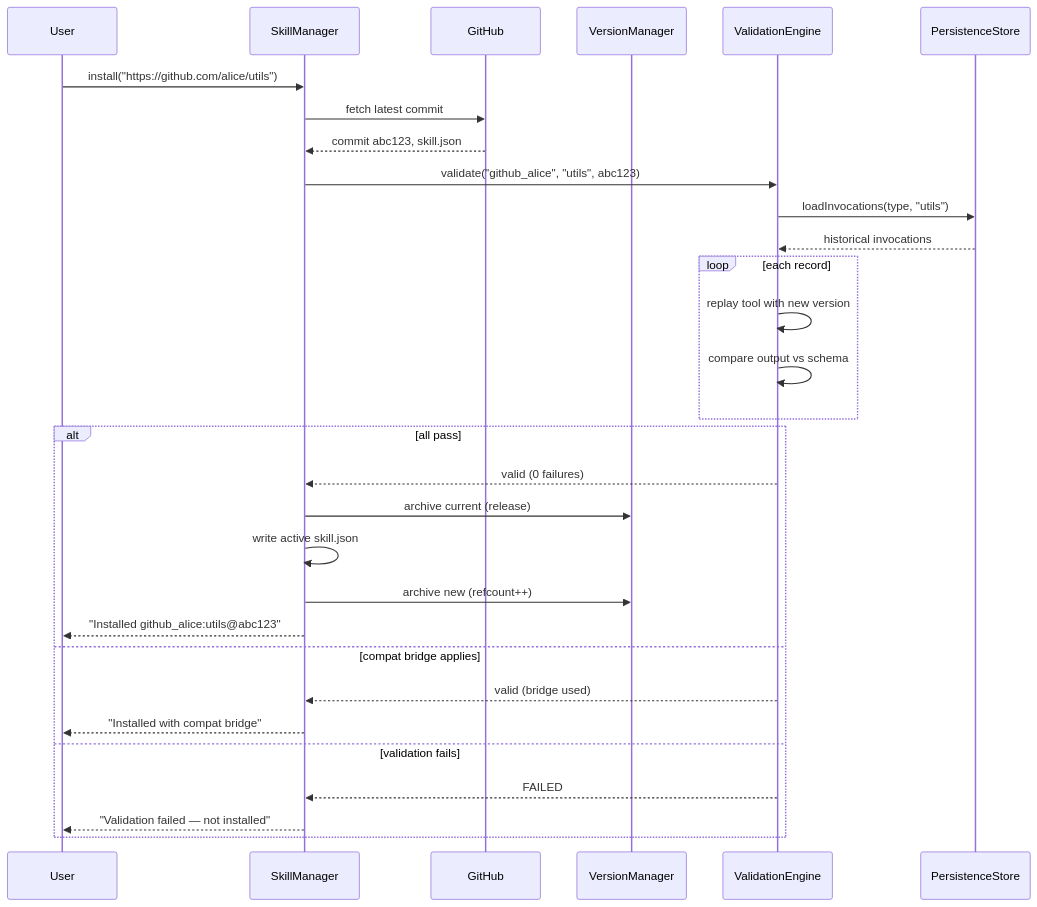
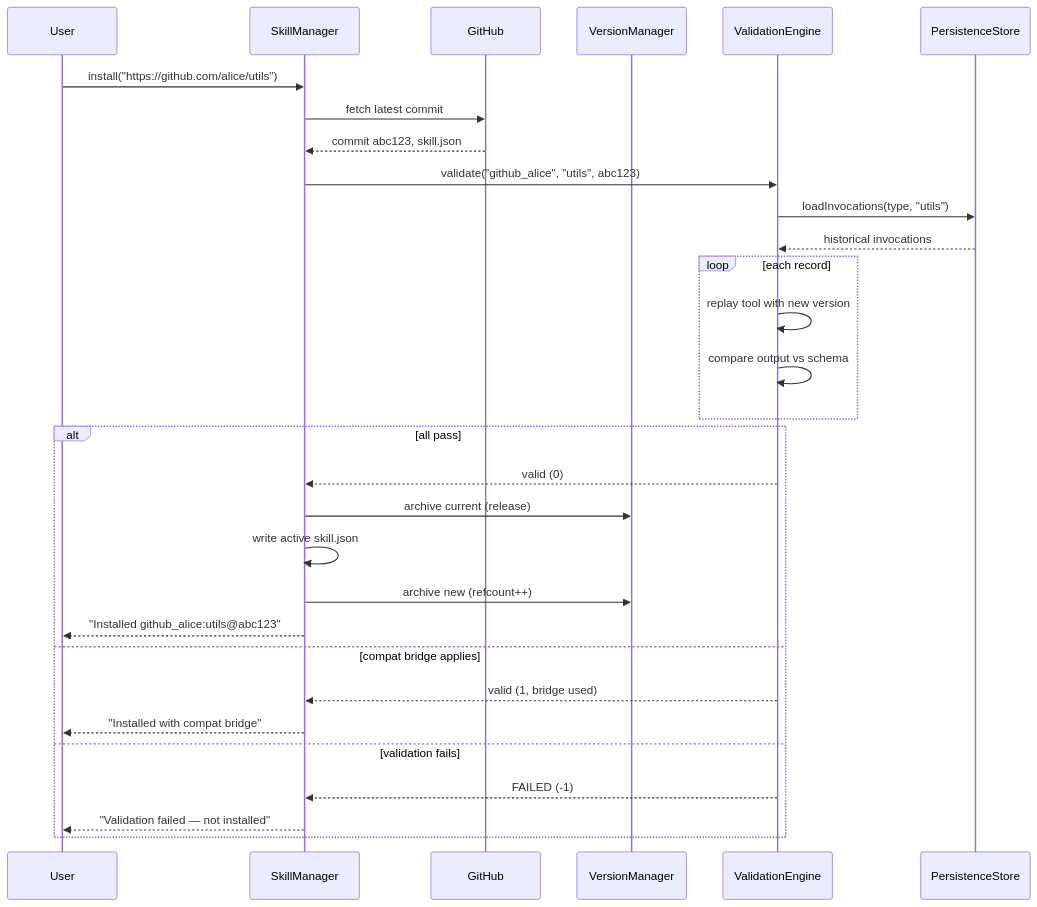
One commit to opensassi/a0 changed the second of 4 diagrams in src/skills/technical-specification.md. Above: the diagram before and after it, drawn with Mermaid. The commit also changed other lines of this file and 165 other files, not shown here.

````diff
--- a/src/skills/technical-specification.md
+++ b/src/skills/technical-specification.md
@@ -620,33 +575,33 @@
 ```mermaid
 sequenceDiagram
     participant User
     participant SM as SkillManager
     participant GH as GitHub
     participant VM as VersionManager
     participant VE as ValidationEngine
     participant PS as PersistenceStore
 
     User->>SM: install("https://github.com/alice/utils")
     SM->>GH: fetch latest commit
     GH-->>SM: commit abc123, skill.json
     SM->>VE: validate("github_alice", "utils", abc123)
     VE->>PS: loadInvocations(type, "utils")
     PS-->>VE: historical invocations
     loop each record
         VE->>VE: replay tool with new version
         VE->>VE: compare output vs schema
     end
     alt all pass
-        VE-->>SM: valid (0 failures)
+        VE-->>SM: valid (0)
         SM->>VM: archive current (release)
         SM->>SM: write active skill.json
         SM->>VM: archive new (refcount++)
         SM-->>User: "Installed github_alice:utils@abc123"
     else compat bridge applies
-        VE-->>SM: valid (bridge used)
+        VE-->>SM: valid (1, bridge used)
         SM-->>User: "Installed with compat bridge"
     else validation fails
-        VE-->>SM: FAILED
+        VE-->>SM: FAILED (-1)
         SM-->>User: "Validation failed — not installed"
     end
 ```
````
